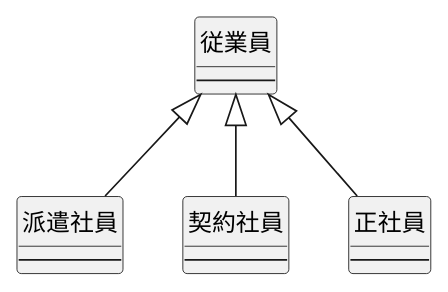
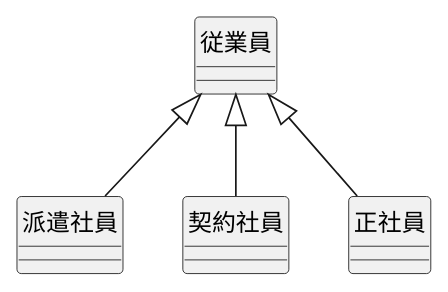
Before and after one commit to Takhshi/uml-introduction: the diagram in 演習3-1_CL_雇用形態.pu, drawn with PlantUML. The commit also changed 1 other file, not shown here.

```diff
--- a/演習3-1_CL_雇用形態.pu
+++ b/演習3-1_CL_雇用形態.pu
@@ -1,18 +1,10 @@
 @startuml 雇用形態
-class 従業員 {
----
-}
-class 派遣社員{
----
-}
-class 契約社員{
----
-}
-class 正社員{
----
-}
+class 従業員 {}
+class 派遣社員{}
+class 契約社員{}
+class 正社員{}
 従業員 <|-down- 派遣社員
 従業員 <|-down- 契約社員
 従業員 <|-down- 正社員
 hide circle
 @enduml
```
